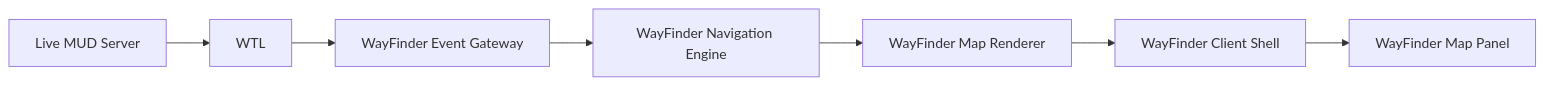
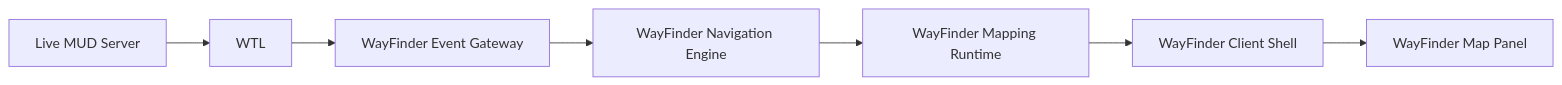
The first of 3 diagrams in README.md (Khorlane/WayFinder), drawn with Mermaid before and after one commit. The commit also changed other lines of this file and 2 other files, not shown here.

Commit message:
Standardize WayFinder Mapping Runtime terminology

````diff
--- a/README.md
+++ b/README.md
@@ -25,18 +25,18 @@
 ```mermaid
 flowchart LR
 
 MUD[Live MUD Server]
 
 WCS[WayFinder Client Shell]
 WEG[WayFinder Event Gateway]
 WNE[WayFinder Navigation Engine]
-WMR[WayFinder Map Renderer]
+WMR[WayFinder Mapping Runtime]
 WMP[WayFinder Map Panel]
 
 MUD --> WTL
 WTL --> WEG
 WEG --> WNE
 WNE --> WMR
 WMR --> WCS
 WCS --> WMP
 ```
````
